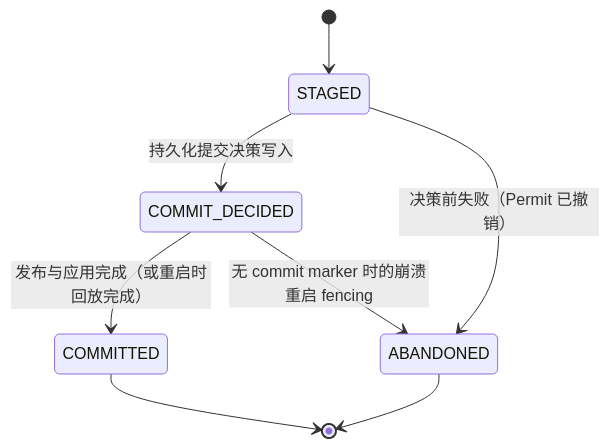
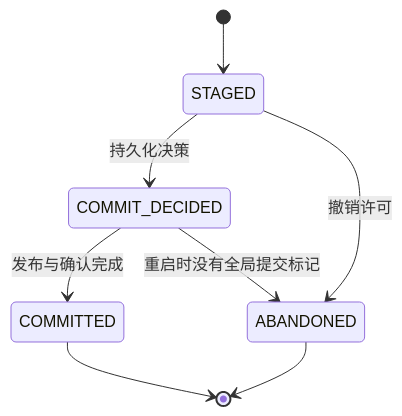
Before and after one commit to diaosj/fluxway: the diagram in docs/checkpoint_zh.md, drawn with Mermaid. The commit also changed other lines of this file and 31 other files, not shown here.

Commit message:
[Docs] Add comprehensive architecture, placement, coherence, and transfer planning documentation.

````diff
--- a/docs/checkpoint_zh.md
+++ b/docs/checkpoint_zh.md
@@ -49,10 +175,10 @@
 ```mermaid
 stateDiagram-v2
     [*] --> STAGED
-    STAGED --> COMMIT_DECIDED: 持久化提交决策写入
-    STAGED --> ABANDONED: 决策前失败（Permit 已撤销）
-    COMMIT_DECIDED --> COMMITTED: 发布与应用完成（或重启时回放完成）
-    COMMIT_DECIDED --> ABANDONED: 无 commit marker 时的崩溃重启 fencing
+    STAGED --> COMMIT_DECIDED: 持久化决策
+    STAGED --> ABANDONED: 撤销许可
+    COMMIT_DECIDED --> COMMITTED: 发布与确认完成
+    COMMIT_DECIDED --> ABANDONED: 重启时没有全局提交标记
     COMMITTED --> [*]
     ABANDONED --> [*]
 ```
````
